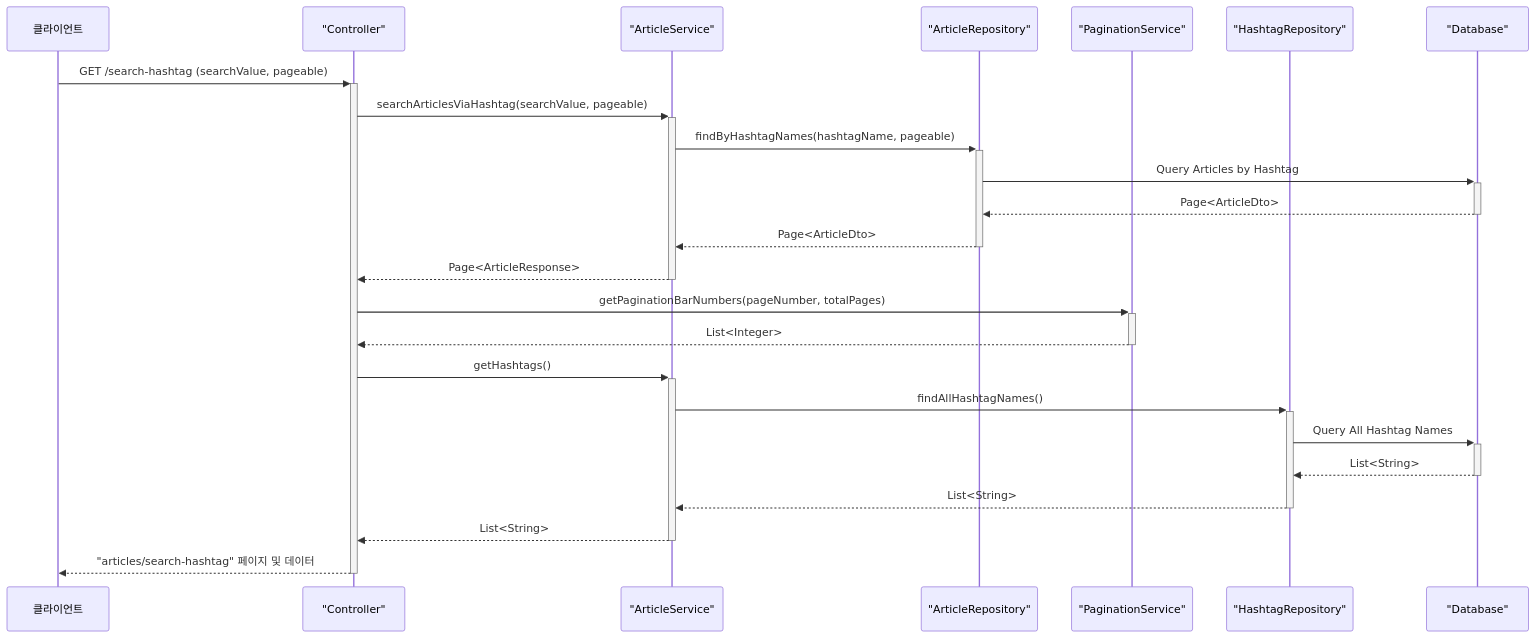
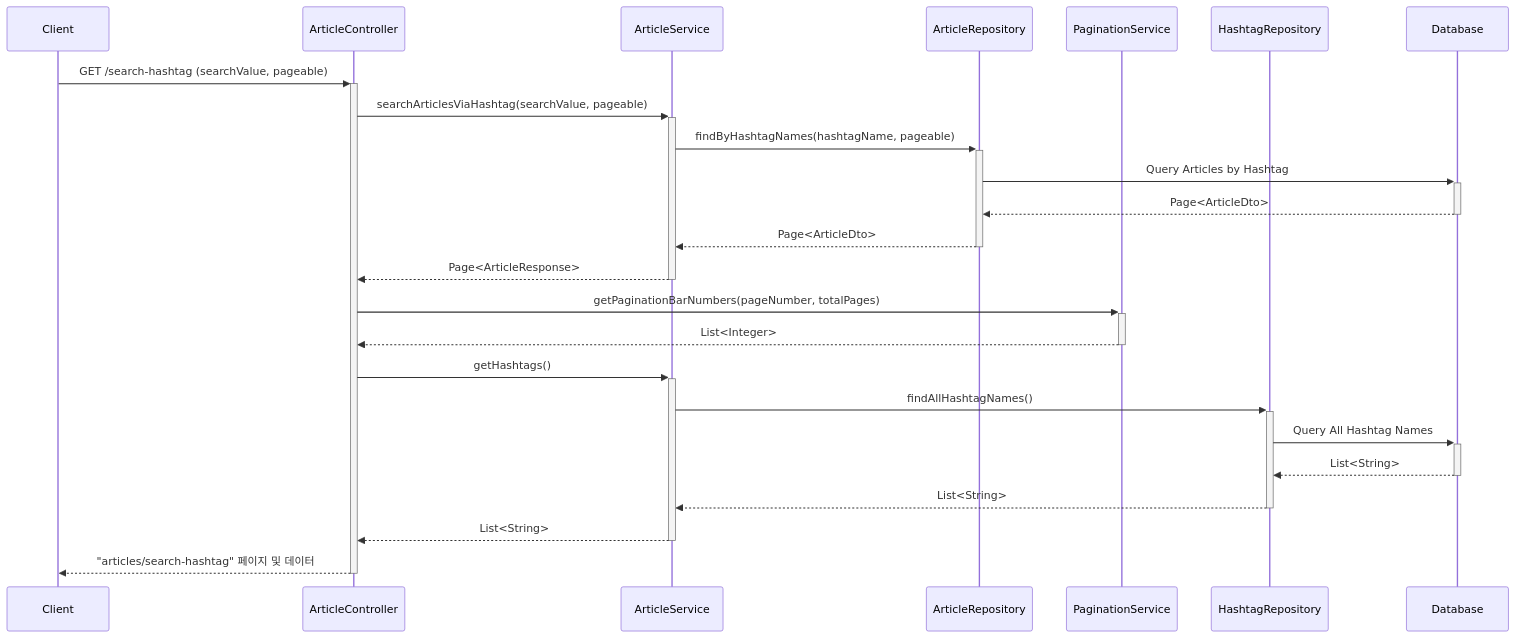
The fifth of 9 diagrams in README.md (flyingRKO/study-project), drawn with Mermaid before and after one commit. The commit also changed other lines of this file, not shown here.

````diff
--- a/README.md
+++ b/README.md
@@ -159,27 +149,27 @@
 ```mermaid
 sequenceDiagram
-    participant 클라이언트
-    participant 컨트롤러 as "Controller"
-    participant 아티클서비스 as "ArticleService"
-    participant 아티클리포지토리 as "ArticleRepository"
-    participant 페이지네이션서비스 as "PaginationService"
-    participant 해시태그리포지토리 as "HashtagRepository"
-    participant 데이터베이스 as "Database"
+    participant 클라이언트 as Client
+    participant 컨트롤러 as ArticleController
+    participant 아티클서비스 as ArticleService
+    participant 아티클리포지토리 as ArticleRepository
+    participant 페이지네이션서비스 as PaginationService
+    participant 해시태그리포지토리 as HashtagRepository
+    participant 데이터베이스 as Database
 
     클라이언트->>+컨트롤러: GET /search-hashtag (searchValue, pageable)
     컨트롤러->>+아티클서비스: searchArticlesViaHashtag(searchValue, pageable)
     아티클서비스->>+아티클리포지토리: findByHashtagNames(hashtagName, pageable)
     아티클리포지토리->>+데이터베이스: Query Articles by Hashtag
     데이터베이스-->>-아티클리포지토리: Page<ArticleDto>
     아티클리포지토리-->>-아티클서비스: Page<ArticleDto>
     아티클서비스-->>-컨트롤러: Page<ArticleResponse>
     컨트롤러->>+페이지네이션서비스: getPaginationBarNumbers(pageNumber, totalPages)
     페이지네이션서비스-->>-컨트롤러: List<Integer>
     컨트롤러->>+아티클서비스: getHashtags()
     아티클서비스->>+해시태그리포지토리: findAllHashtagNames()
     해시태그리포지토리->>+데이터베이스: Query All Hashtag Names
     데이터베이스-->>-해시태그리포지토리: List<String>
     해시태그리포지토리-->>-아티클서비스: List<String>
     아티클서비스-->>-컨트롤러: List<String>
     컨트롤러-->>-클라이언트: "articles/search-hashtag" 페이지 및 데이터
 ```
````
